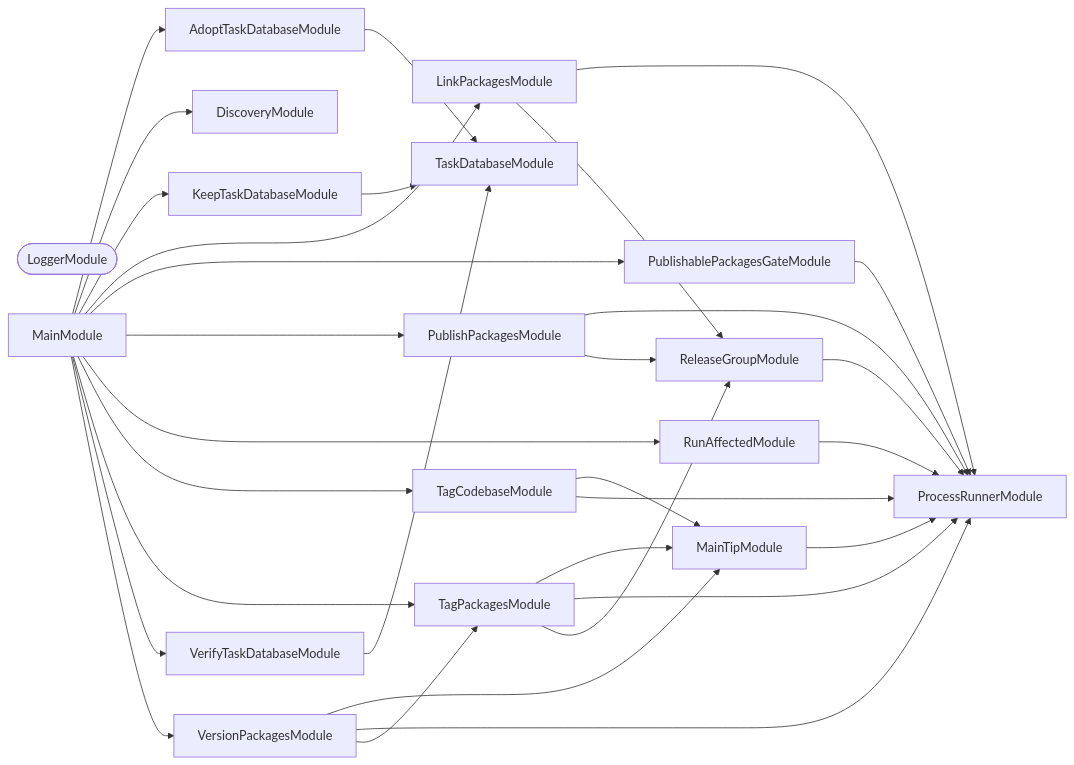
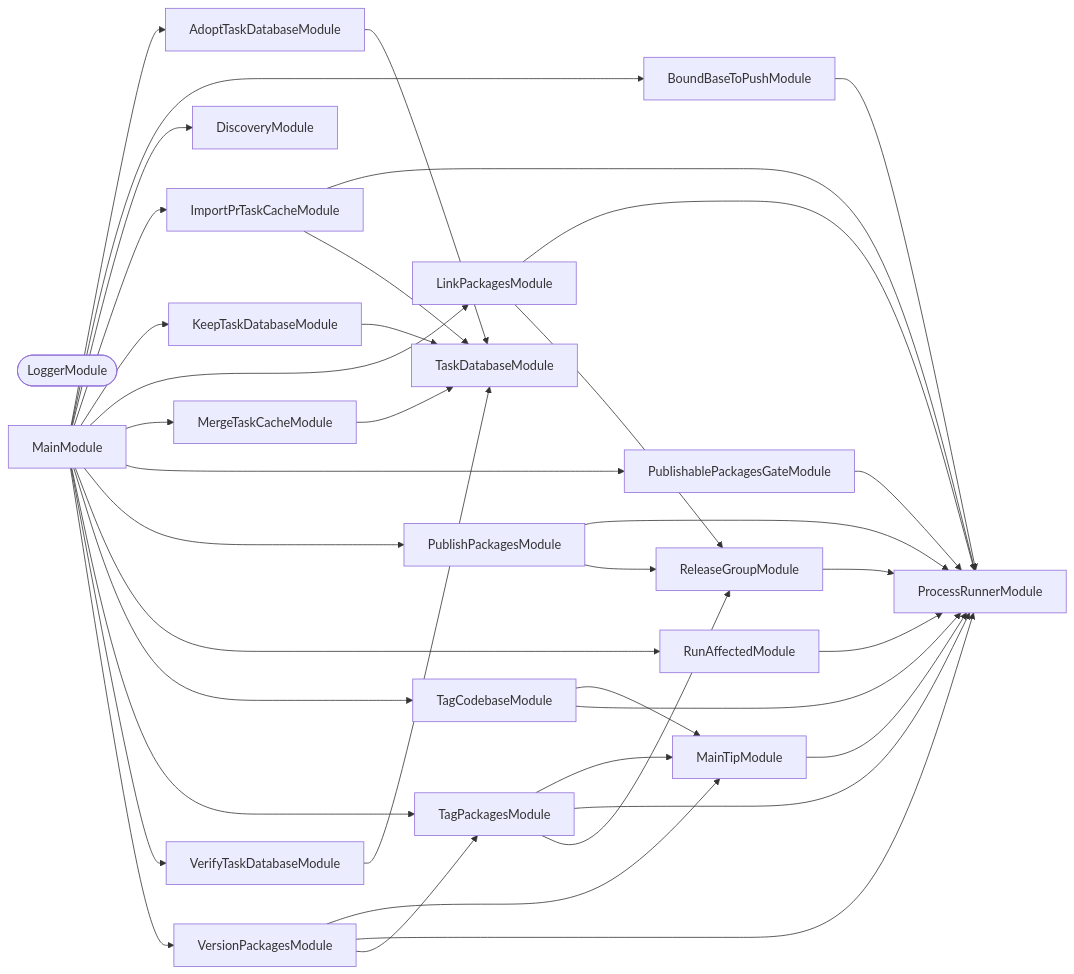
Before and after one commit to organizzolini/codebase: the second of 3 diagrams in projects/publication/README.md, drawn with Mermaid. The commit also changed other lines of this file and 4 other files, not shown here.

````diff
--- a/projects/publication/README.md
+++ b/projects/publication/README.md
@@ -307,50 +360,60 @@
 ```mermaid
 flowchart LR
   AdoptTaskDatabaseModule
+  BoundBaseToPushModule
   DiscoveryModule
+  ImportPrTaskCacheModule
   KeepTaskDatabaseModule
   LinkPackagesModule
   LoggerModule([LoggerModule])
   MainModule
   MainTipModule
+  MergeTaskCacheModule
   ProcessRunnerModule
   PublishablePackagesGateModule
   PublishPackagesModule
   ReleaseGroupModule
   RunAffectedModule
   TagCodebaseModule
   TagPackagesModule
   TaskDatabaseModule
   VerifyTaskDatabaseModule
   VersionPackagesModule
   AdoptTaskDatabaseModule --> TaskDatabaseModule
+  BoundBaseToPushModule --> ProcessRunnerModule
+  ImportPrTaskCacheModule --> ProcessRunnerModule
+  ImportPrTaskCacheModule --> TaskDatabaseModule
   KeepTaskDatabaseModule --> TaskDatabaseModule
   LinkPackagesModule --> ProcessRunnerModule
   LinkPackagesModule --> ReleaseGroupModule
   MainModule --> AdoptTaskDatabaseModule
+  MainModule --> BoundBaseToPushModule
   MainModule --> DiscoveryModule
+  MainModule --> ImportPrTaskCacheModule
   MainModule --> KeepTaskDatabaseModule
   MainModule --> LinkPackagesModule
+  MainModule --> MergeTaskCacheModule
   MainModule --> PublishablePackagesGateModule
   MainModule --> PublishPackagesModule
   MainModule --> RunAffectedModule
   MainModule --> TagCodebaseModule
   MainModule --> TagPackagesModule
   MainModule --> VerifyTaskDatabaseModule
   MainModule --> VersionPackagesModule
   MainTipModule --> ProcessRunnerModule
+  MergeTaskCacheModule --> TaskDatabaseModule
   PublishablePackagesGateModule --> ProcessRunnerModule
   PublishPackagesModule --> ProcessRunnerModule
   PublishPackagesModule --> ReleaseGroupModule
   ReleaseGroupModule --> ProcessRunnerModule
   RunAffectedModule --> ProcessRunnerModule
   TagCodebaseModule --> MainTipModule
   TagCodebaseModule --> ProcessRunnerModule
   TagPackagesModule --> MainTipModule
   TagPackagesModule --> ProcessRunnerModule
   TagPackagesModule --> ReleaseGroupModule
   VerifyTaskDatabaseModule --> TaskDatabaseModule
   VersionPackagesModule --> MainTipModule
   VersionPackagesModule --> ProcessRunnerModule
   VersionPackagesModule --> TagPackagesModule
 ```
````
